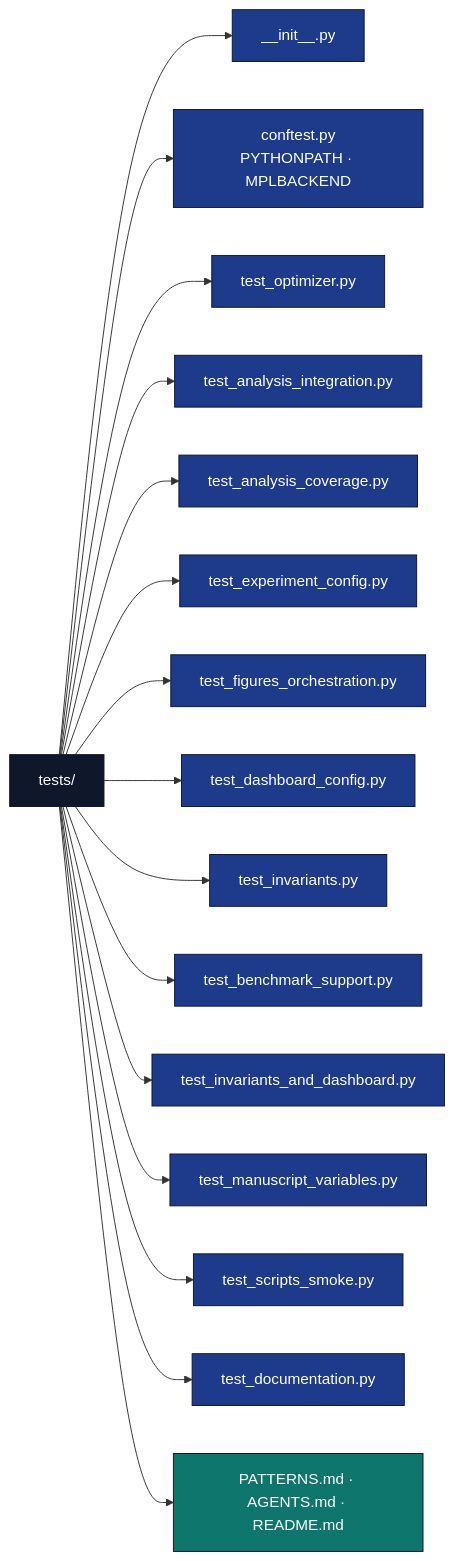
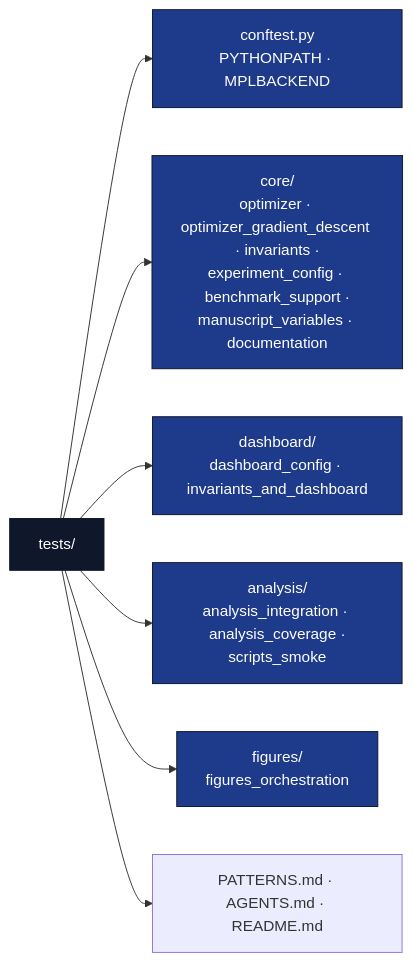
The diagram in projects/templates/template_code_project/tests/AGENTS.md (docxology/template), drawn with Mermaid before and after one commit. The commit also changed other lines of this file and 775 other files, not shown here.

````diff
--- a/projects/templates/template_code_project/tests/AGENTS.md
+++ b/projects/templates/template_code_project/tests/AGENTS.md
@@ -16,26 +16,16 @@
 ```mermaid
 flowchart LR
     T[tests/]
-    T --> INIT[__init__.py]
     T --> CFG[conftest.py<br/>PYTHONPATH · MPLBACKEND]
-    T --> TEST[test_optimizer.py]
-    T --> TAI[test_analysis_integration.py]
-    T --> TAC[test_analysis_coverage.py]
-    T --> TEC[test_experiment_config.py]
-    T --> TFO[test_figures_orchestration.py]
-    T --> TDC[test_dashboard_config.py]
-    T --> TINV[test_invariants.py]
-    T --> TBS[test_benchmark_support.py]
-    T --> TIDA[test_invariants_and_dashboard.py]
-    T --> TMV[test_manuscript_variables.py]
-    T --> TSS[test_scripts_smoke.py]
-    T --> TDOC[test_documentation.py]
+    T --> CORE["core/<br/>optimizer · optimizer_gradient_descent · invariants ·<br/>experiment_config · benchmark_support ·<br/>manuscript_variables · documentation"]
+    T --> DASH["dashboard/<br/>dashboard_config · invariants_and_dashboard"]
+    T --> ANA["analysis/<br/>analysis_integration · analysis_coverage ·<br/>scripts_smoke"]
+    T --> FIG["figures/<br/>figures_orchestration"]
     T --> DOCS[PATTERNS.md · AGENTS.md · README.md]
 
     classDef d fill:#0f172a,stroke:#0f172a,color:#fff
     classDef code fill:#1e3a8a,stroke:#0f172a,color:#fff
     classDef doc fill:#0f766e,stroke:#0f172a,color:#fff
     class T d
-    class INIT,CFG,TEST,TAI,TAC,TEC,TFO,TDC,TINV,TIDA,TBS,TMV,TSS,TDOC code
-    class DOCS doc
+    class CFG,CORE,DASH,ANA,FIG code
 ```
````
